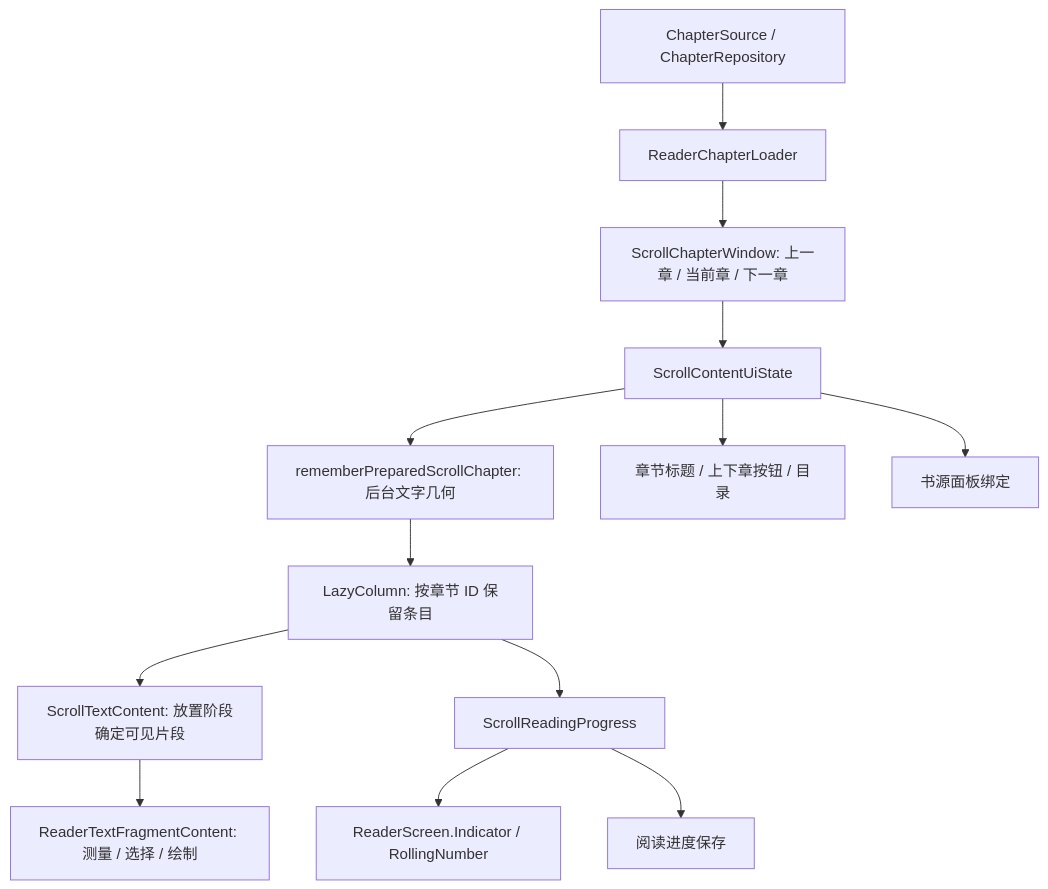
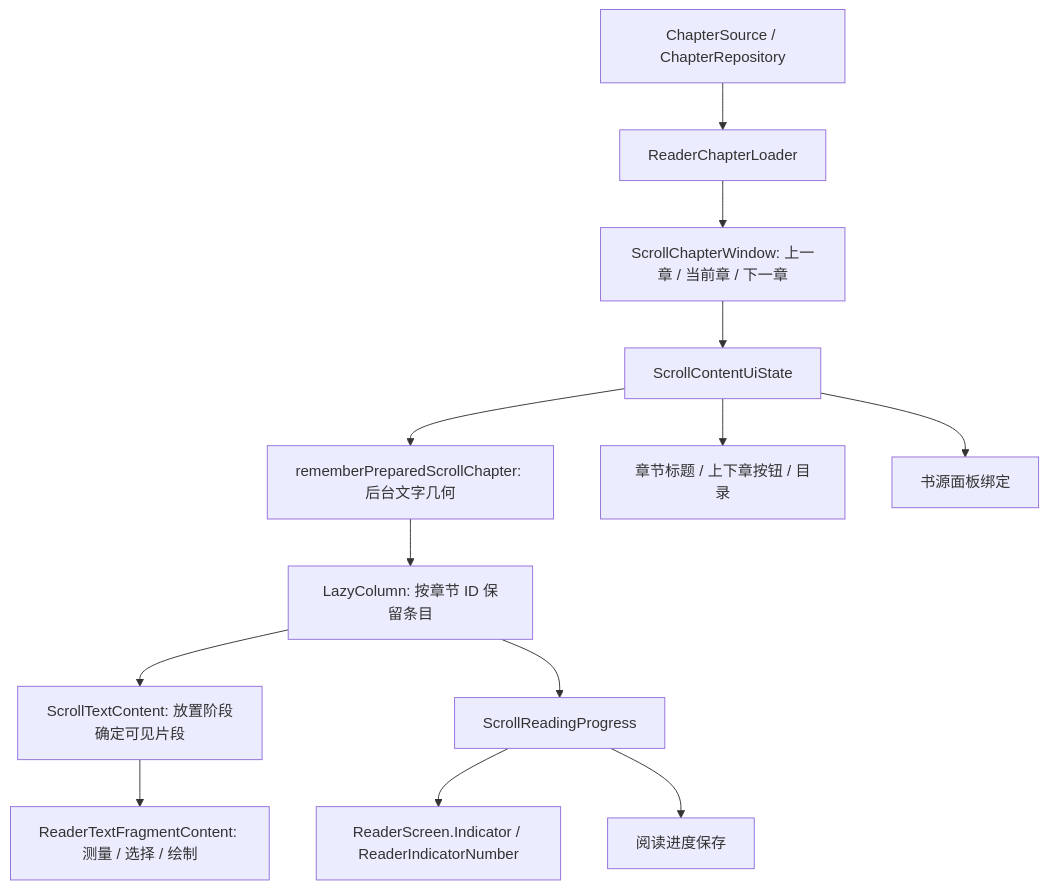
Before and after one commit to Renakoni/hnovel: the first of 3 diagrams in docs/reader-ui-updates.md, drawn with Mermaid. The commit also changed other lines of this file and 8 other files, not shown here.

````diff
--- a/docs/reader-ui-updates.md
+++ b/docs/reader-ui-updates.md
@@ -16,15 +16,15 @@
 ```mermaid
 flowchart TD
     Source[ChapterSource / ChapterRepository] --> Loader[ReaderChapterLoader]
     Loader --> Window[ScrollChapterWindow: 上一章 / 当前章 / 下一章]
     Window --> State[ScrollContentUiState]
     State --> Prepare[rememberPreparedScrollChapter: 后台文字几何]
     Prepare --> List[LazyColumn: 按章节 ID 保留条目]
     List --> Text[ScrollTextContent: 放置阶段确定可见片段]
     Text --> Draw[ReaderTextFragmentContent: 测量 / 选择 / 绘制]
     List --> Progress[ScrollReadingProgress]
-    Progress --> Indicator[ReaderScreen.Indicator / RollingNumber]
+    Progress --> Indicator[ReaderScreen.Indicator / ReaderIndicatorNumber]
     Progress --> Save[阅读进度保存]
     State --> Chrome[章节标题 / 上下章按钮 / 目录]
     State --> Panel[书源面板绑定]
 ```
````
